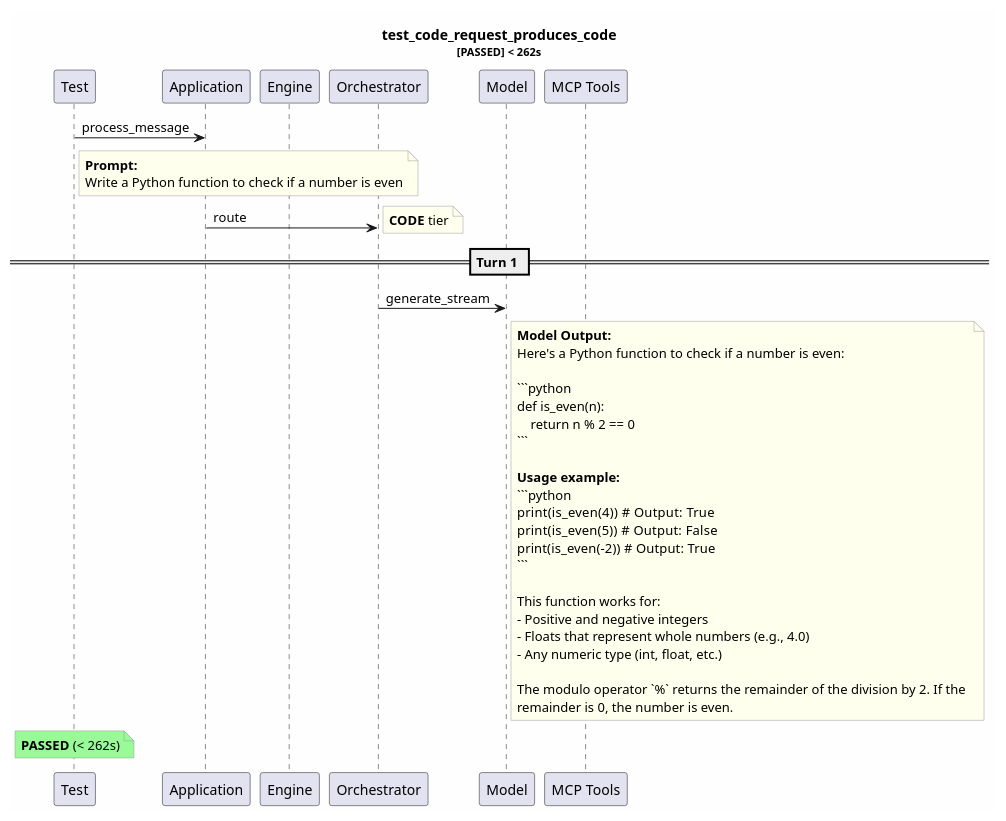
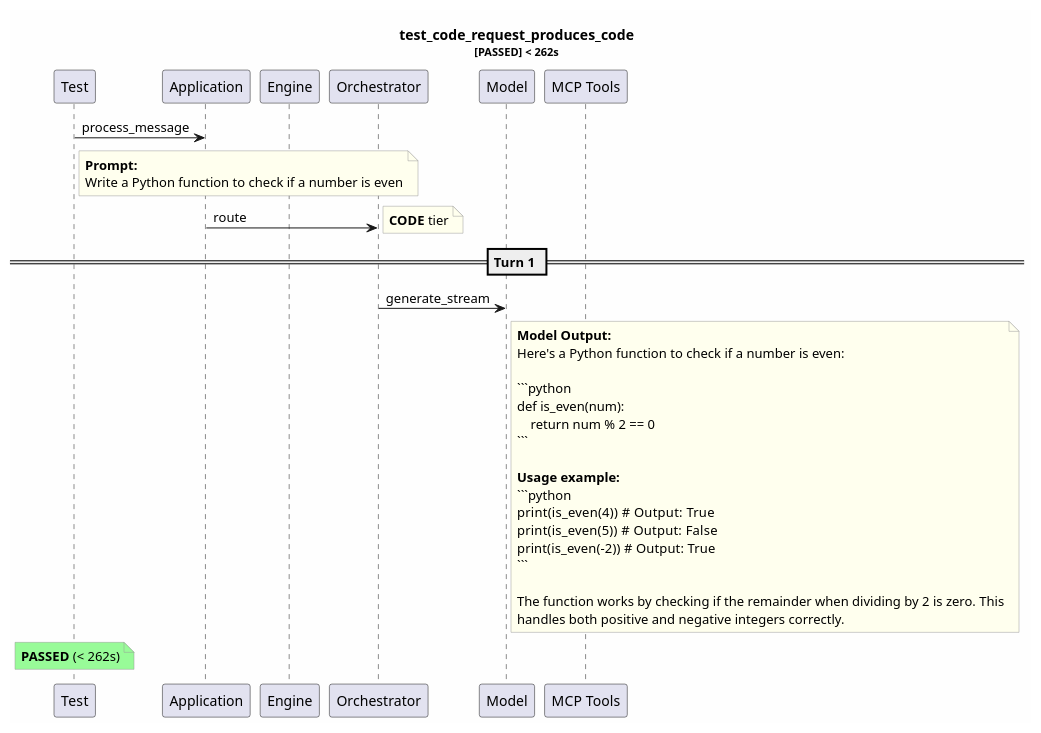
Before and after one commit to tvanfossen/entropic: the diagram in test-reports/logs/test_code_request_produces_code/test_code_request_produces_code.puml, drawn with PlantUML. The commit also changed 32 other files, not shown here.

````diff
--- a/test-reports/logs/test_code_request_produces_code/test_code_request_produces_code.puml
+++ b/test-reports/logs/test_code_request_produces_code/test_code_request_produces_code.puml
@@ -1,51 +1,46 @@
 @startuml
 skinparam backgroundColor #FEFEFE
 skinparam noteBorderColor #999999
 skinparam noteBackgroundColor #FFFFEE
 title test_code_request_produces_code\n<size:11>[PASSED] < 262s</size>
 
 participant "Test" as T
 participant "Application" as App
 participant "Engine" as Eng
 participant "Orchestrator" as Orch
 participant "Model" as Mdl
 participant "MCP Tools" as MCP
 
 T -> App: process_message
 note right of T
   **Prompt:**
   Write a Python function to check if a number is even
 end note
 App -> Orch: route
 note right: **CODE** tier
 == Turn 1 ==
 Orch -> Mdl: generate_stream
 note right of Mdl
   **Model Output:**
   Here's a Python function to check if a number is even:
   
   ```python
-  def is_even(n):
-      return n % 2 == 0
+  def is_even(num):
+      return num % 2 == 0
   ```
   
   **Usage example:**
   ```python
   print(is_even(4))   # Output: True
   print(is_even(5))   # Output: False
   print(is_even(-2))  # Output: True
   ```
   
-  This function works for:
-  - Positive and negative integers
-  - Floats that represent whole numbers (e.g., 4.0)
-  - Any numeric type (int, float, etc.)
-  
-  The modulo operator `%` returns the remainder of the division by 2. If the 
-  remainder is 0, the number is even.
+  The function works by checking if the remainder when dividing by 2 is zero. This
+  handles both positive and negative integers correctly.
 end note
 note over T #palegreen
   **PASSED** (< 262s)
 end note
 
 @enduml
````
